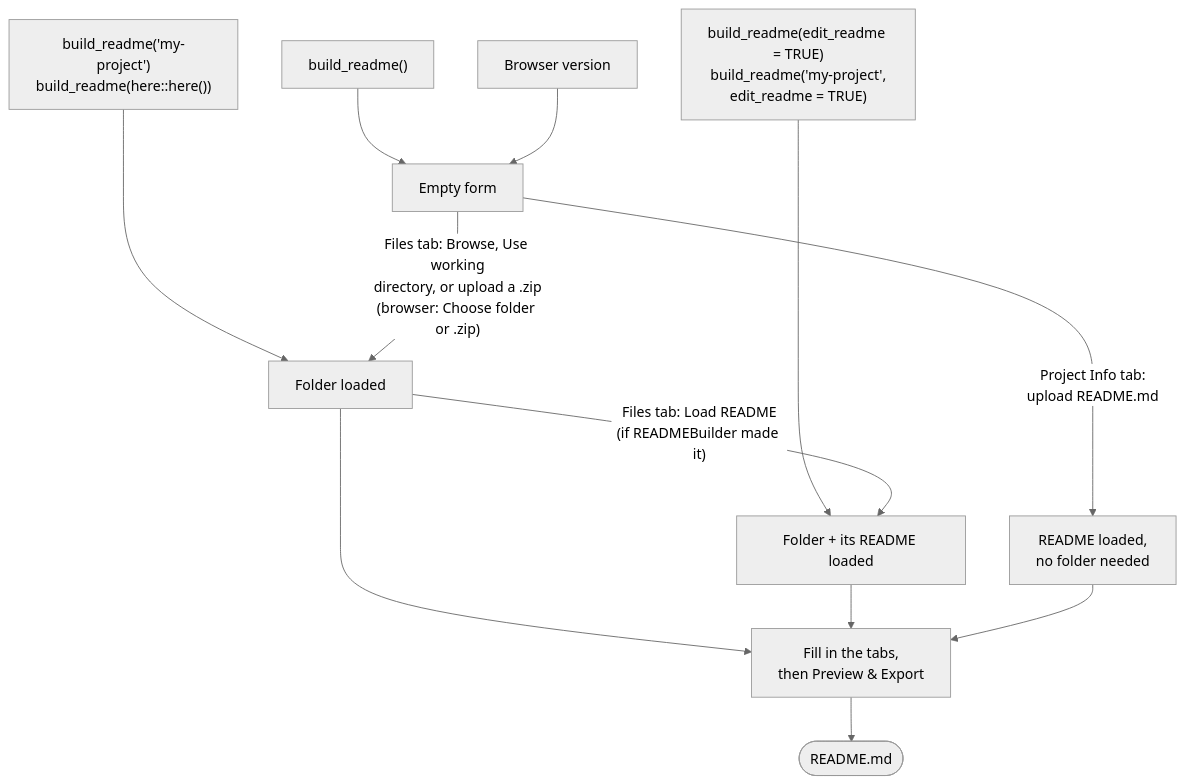
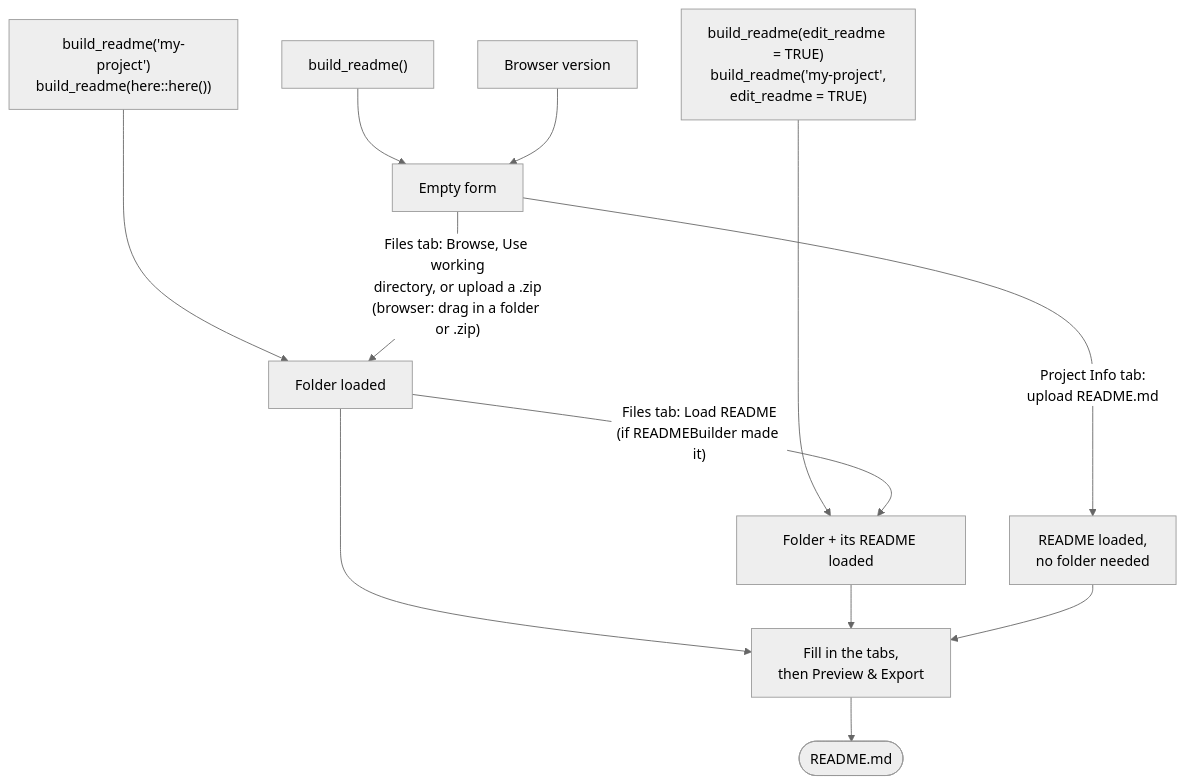
The diagram in README.md (EIvimeyCook/READMEBuilder), drawn with Mermaid (neutral theme) before and after one commit. The commit also changed other lines of this file and 3 other files, not shown here.

````diff
--- a/README.md
+++ b/README.md
@@ -158,14 +160,14 @@
 ```mermaid
 flowchart TD
     A["build_readme()"] --> B["Empty form"]
     F["build_readme('my-project')<br/>build_readme(here::here())"] ---> C
     G["build_readme(edit_readme = TRUE)<br/>build_readme('my-project',<br/>edit_readme = TRUE)"] ----> D
     W["Browser version"] --> B
-    B -- "Files tab: Browse, Use working<br/>directory, or upload a .zip<br/>(browser: Choose folder or .zip)" --> C["Folder loaded"]
+    B -- "Files tab: Browse, Use working<br/>directory, or upload a .zip<br/>(browser: drag in a folder or .zip)" --> C["Folder loaded"]
     B -- "Project Info tab:<br/>upload README.md" --> E["README loaded,<br/>no folder needed"]
     C -- "Files tab: Load README<br/>(if READMEBuilder made it)" --> D["Folder + its README loaded"]
     C --> H["Fill in the tabs,<br/>then Preview & Export"]
     D --> H
     E --> H
     H --> I(["README.md"])
 ```
````
